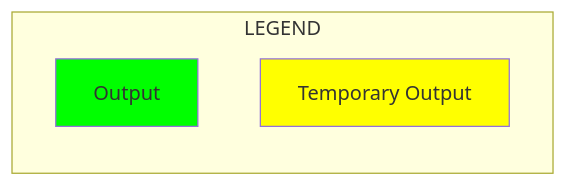
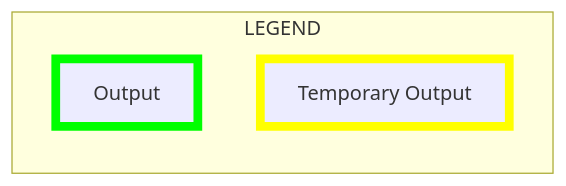
Before and after one commit to cuspuk/workflow_respiratory: the first of 2 diagrams in resources/diagram.md, drawn with Mermaid. The commit also changed other lines of this file, not shown here.

````diff
--- a/resources/diagram.md
+++ b/resources/diagram.md
@@ -5,12 +5,12 @@
 ```mermaid
 flowchart LR;
   subgraph LEG[LEGEND];
   L1[Output];
   L2[Temporary Output];
 
-  style L1 fill:#0f0;
-  style L2 fill:#ff0;
+  style L1 stroke:#00ff00,stroke-width:7px;
+  style L2 stroke:#ffff00,stroke-width:7px;
   end;
 
 
 ```
````
